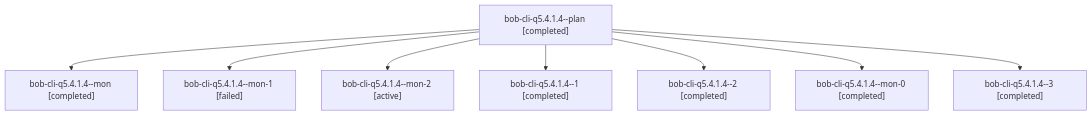
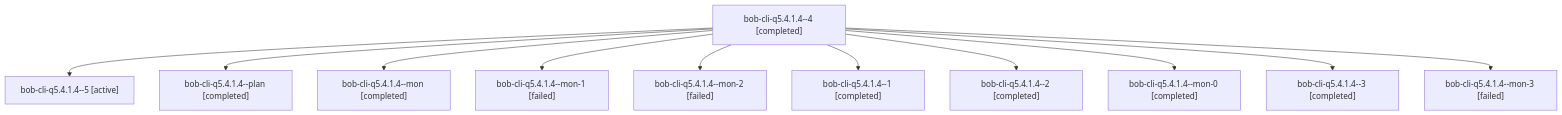
Before and after one commit to bobs-org/bob-cli--agents: the diagram in sessions/bbugyi200.athena.bob-cli-q5.4.1.4.md, drawn with Mermaid. The commit also changed other lines of this file and 131 other files, not shown here.

````diff
--- a/sessions/bbugyi200.athena.bob-cli-q5.4.1.4.md
+++ b/sessions/bbugyi200.athena.bob-cli-q5.4.1.4.md
@@ -9,18 +9,24 @@
 ```mermaid
 flowchart TD
-  n0["bob-cli-q5.4.1.4--plan [completed]"]
-  n1["bob-cli-q5.4.1.4--mon [completed]"]
+  n0["bob-cli-q5.4.1.4--4 [completed]"]
+  n1["bob-cli-q5.4.1.4--5 [active]"]
   n0 --> n1
-  n2["bob-cli-q5.4.1.4--mon-1 [failed]"]
+  n2["bob-cli-q5.4.1.4--plan [completed]"]
   n0 --> n2
-  n3["bob-cli-q5.4.1.4--mon-2 [active]"]
+  n3["bob-cli-q5.4.1.4--mon [completed]"]
   n0 --> n3
-  n4["bob-cli-q5.4.1.4--1 [completed]"]
+  n4["bob-cli-q5.4.1.4--mon-1 [failed]"]
   n0 --> n4
-  n5["bob-cli-q5.4.1.4--2 [completed]"]
+  n5["bob-cli-q5.4.1.4--mon-2 [failed]"]
   n0 --> n5
-  n6["bob-cli-q5.4.1.4--mon-0 [completed]"]
+  n6["bob-cli-q5.4.1.4--1 [completed]"]
   n0 --> n6
-  n7["bob-cli-q5.4.1.4--3 [completed]"]
+  n7["bob-cli-q5.4.1.4--2 [completed]"]
   n0 --> n7
+  n8["bob-cli-q5.4.1.4--mon-0 [completed]"]
+  n0 --> n8
+  n9["bob-cli-q5.4.1.4--3 [completed]"]
+  n0 --> n9
+  n10["bob-cli-q5.4.1.4--mon-3 [failed]"]
+  n0 --> n10
 ```
````
